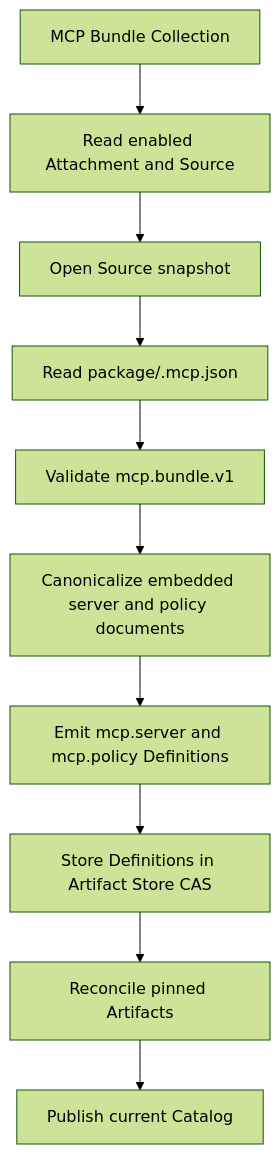
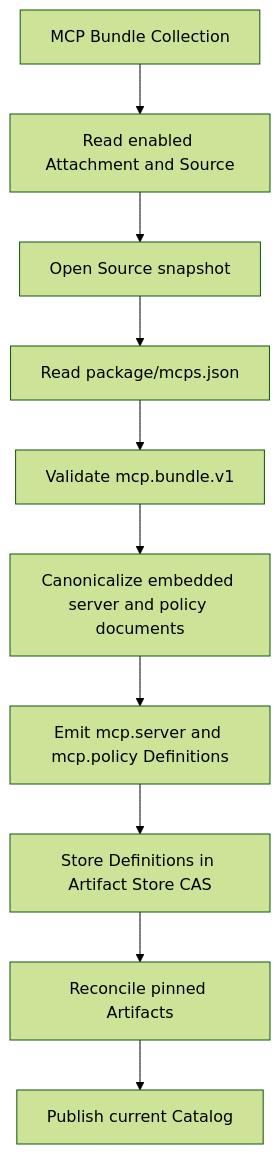
One commit to flexigpt/flexigpt-app changed the diagram in devdocs/requirements/mcp_artifactstore_hld.md. Above: the diagram before and after it, drawn with Mermaid (forest theme). The commit also changed other lines of this file and 23 other files, not shown here.

````diff
--- a/devdocs/requirements/mcp_artifactstore_hld.md
+++ b/devdocs/requirements/mcp_artifactstore_hld.md
@@ -1105,12 +1107,12 @@
 ```mermaid
 flowchart TD
     A[MCP Bundle Collection] --> B[Read enabled Attachment and Source]
     B --> C[Open Source snapshot]
-    C --> D[Read package/.mcp.json]
+    C --> D[Read package/mcps.json]
     D --> E[Validate mcp.bundle.v1]
     E --> F[Canonicalize embedded server and policy documents]
     F --> G[Emit mcp.server and mcp.policy Definitions]
     G --> H[Store Definitions in Artifact Store CAS]
     H --> I[Reconcile pinned Artifacts]
     I --> J[Publish current Catalog]
 ```
````
